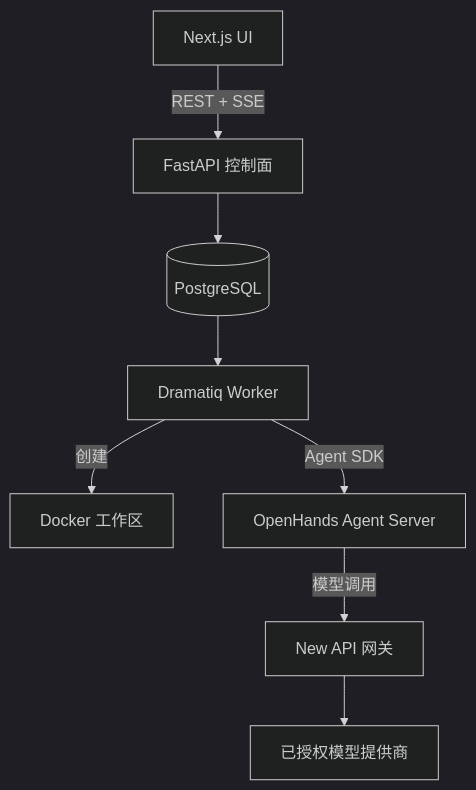
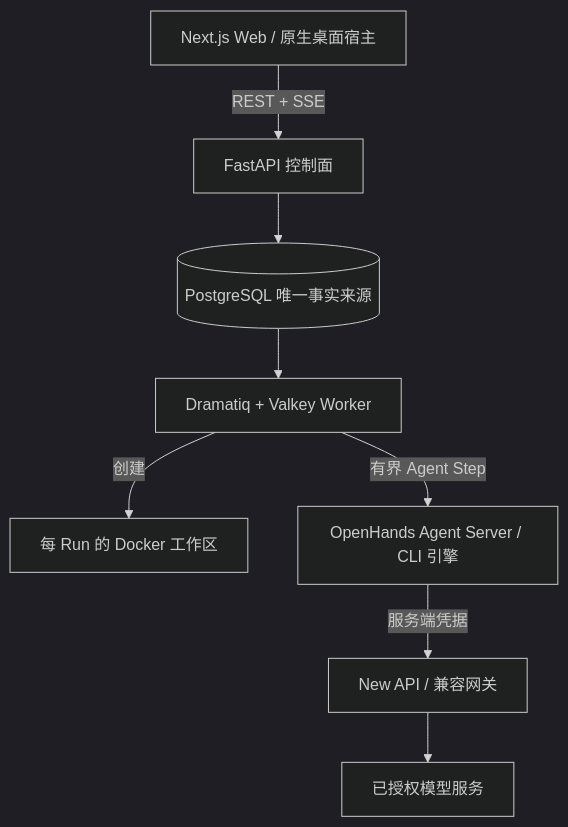
One commit to bei666qi-pan/BudgetLoop changed the diagram in README.zh-CN.md. Above: the diagram before and after it, drawn with Mermaid (dark theme). The commit also changed other lines of this file and 25 other files, not shown here.

````diff
--- a/README.zh-CN.md
+++ b/README.zh-CN.md
@@ -83,10 +115,10 @@
 ```mermaid
 graph TD
-    UI[Next.js UI] -->|REST + SSE| CP[FastAPI 控制面]
-    CP --> PG[(PostgreSQL)]
-    PG --> WK[Dramatiq Worker]
-    WK -->|创建| WS[Docker 工作区]
-    WK -->|Agent SDK| AS[OpenHands Agent Server]
-    AS -->|模型调用| GW[New API 网关]
-    GW --> LLM[已授权模型提供商]
+    UI["Next.js Web / 原生桌面宿主"] -->|"REST + SSE"| CP["FastAPI 控制面"]
+    CP --> PG[("PostgreSQL 唯一事实来源")]
+    PG --> WK["Dramatiq + Valkey Worker"]
+    WK -->|"创建"| WS["每 Run 的 Docker 工作区"]
+    WK -->|"有界 Agent Step"| AS["OpenHands Agent Server / CLI 引擎"]
+    AS -->|"服务端凭据"| GW["New API / 兼容网关"]
+    GW --> LLM["已授权模型服务"]
 ```
````
